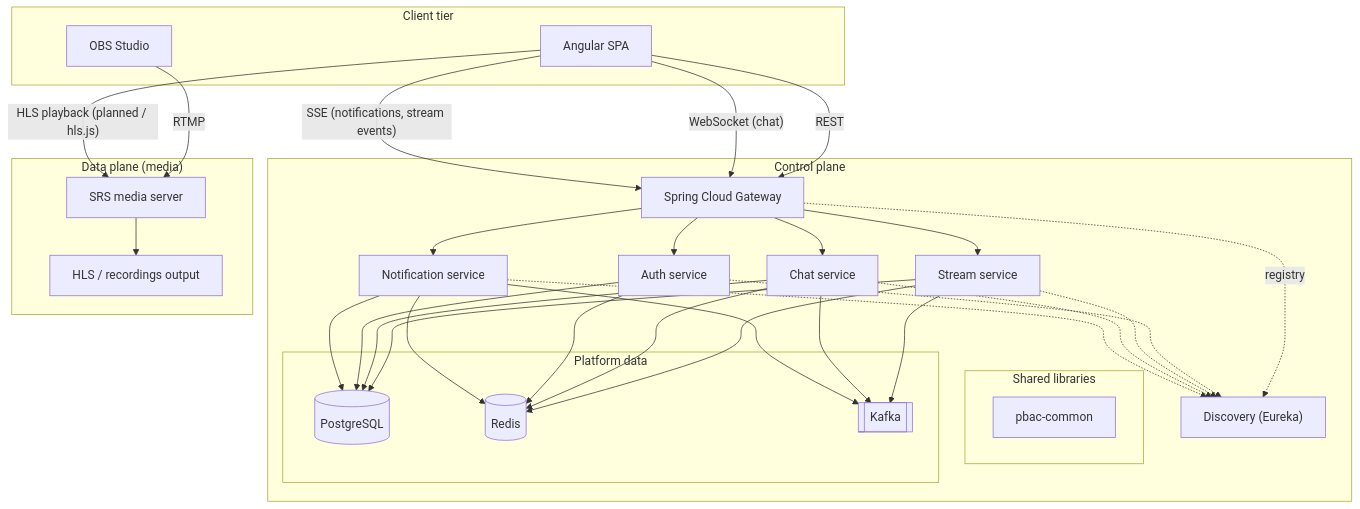
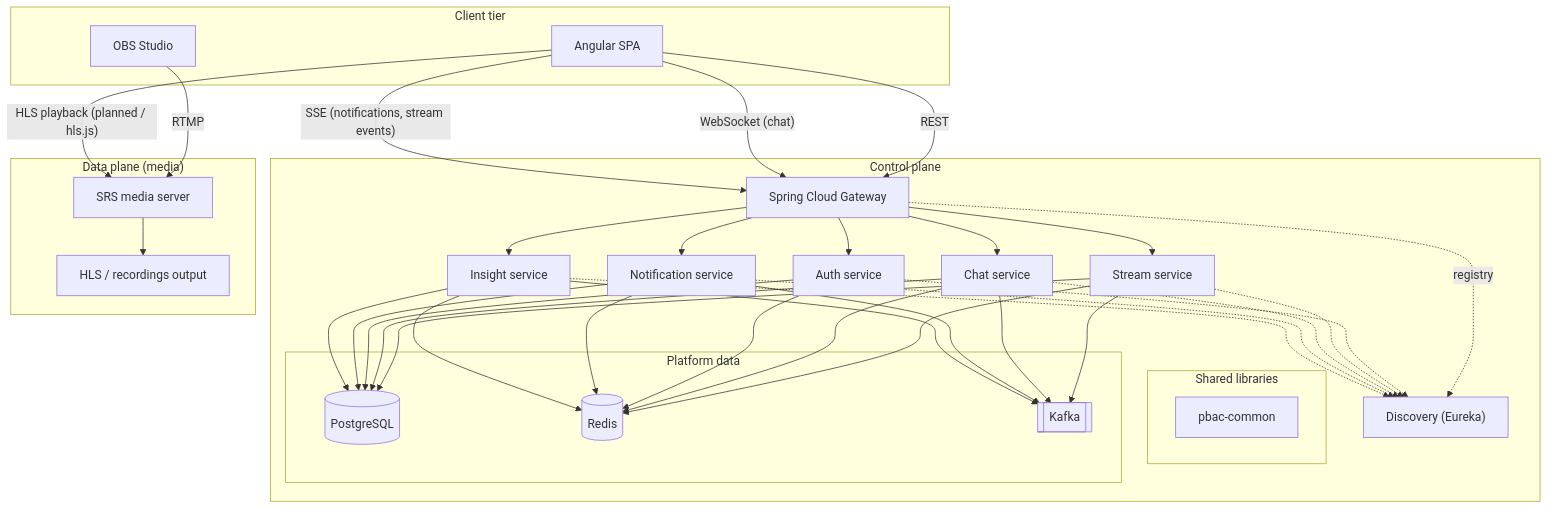
The first of 2 diagrams in docs/ARCHITECTURE.md (141638/streaming-platform), drawn with Mermaid before and after one commit. The commit also changed other lines of this file and 5 other files, not shown here.

Commit message:
docs: add Phase A retrospective and update architecture docs

````diff
--- a/docs/ARCHITECTURE.md
+++ b/docs/ARCHITECTURE.md
@@ -22,56 +22,62 @@
 ```mermaid
 flowchart TB
     subgraph Client["Client tier"]
         Browser["Angular SPA"]
         OBS["OBS Studio"]
     end
 
     subgraph Control["Control plane"]
         GW["Spring Cloud Gateway"]
         Auth["Auth service"]
         Stream["Stream service"]
         Chat["Chat service"]
         Noti["Notification service"]
         Disc["Discovery (Eureka)"]
+        Insight["Insight service"]
         subgraph Shared["Shared libraries"]
             PBAC["pbac-common"]
         end
         subgraph Data["Platform data"]
             PG[(PostgreSQL)]
             RD[(Redis)]
             KF[[Kafka]]
         end
     end
 
     subgraph Media["Data plane (media)"]
         SRS["SRS media server"]
         HLS["HLS / recordings output"]
     end
 
     Browser -->|"REST"| GW
     Browser -->|"WebSocket (chat)"| GW
     Browser -->|"SSE (notifications, stream events)"| GW
     GW --> Auth
     GW --> Stream
     GW --> Chat
     GW --> Noti
+    GW --> Insight
     OBS -->|"RTMP"| SRS
     SRS --> HLS
     Browser -->|"HLS playback (planned / hls.js)"| SRS
     GW -.->|"registry"| Disc
     Auth -.-> Disc
     Stream -.-> Disc
     Chat -.-> Disc
     Noti -.-> Disc
+    Insight -.-> Disc
     Stream --> PG
     Stream --> KF
     Stream --> RD
     Chat --> PG
     Chat --> RD
     Chat --> KF
     Auth --> PG
     Auth --> RD
     Noti --> PG
     Noti --> RD
     Noti --> KF
+    Insight --> PG
+    Insight --> KF
+    Insight --> RD
 ```
````
